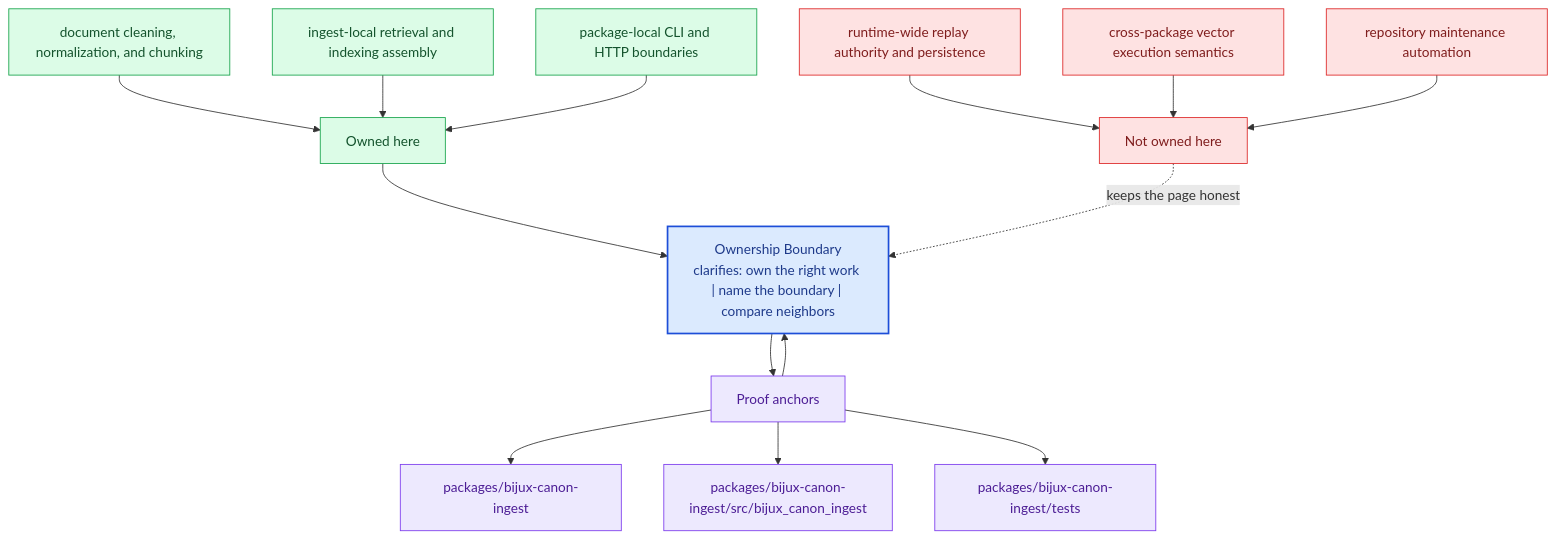
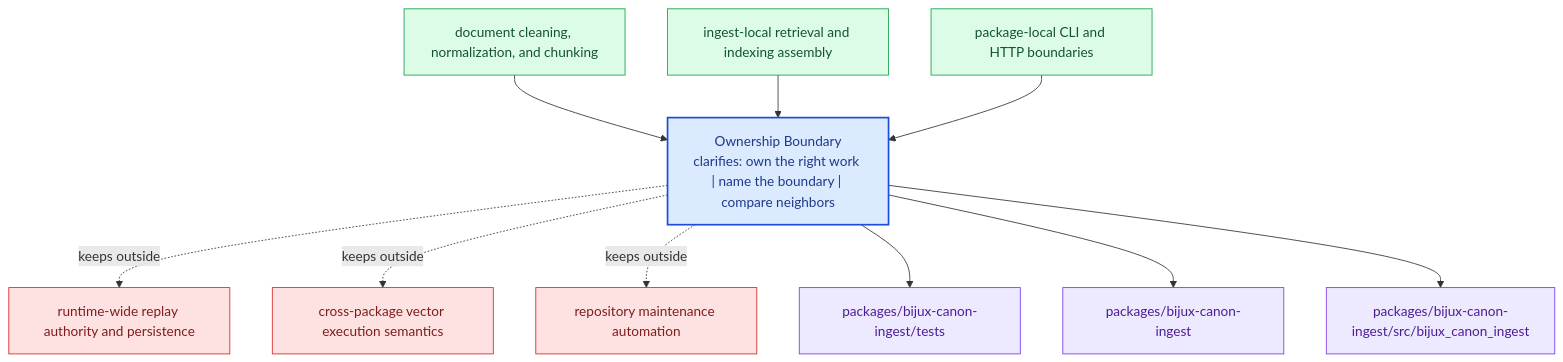
One commit to bijux/bijux-canon changed the diagram in docs/bijux-canon-ingest/foundation/ownership-boundary.md. Above: the diagram before and after it, drawn with Mermaid. The commit also changed other lines of this file and 281 other files, not shown here.

Commit message:
docs(diagrams): replace repeated mermaid scaffolds with page-specific summaries

````diff
--- a/docs/bijux-canon-ingest/foundation/ownership-boundary.md
+++ b/docs/bijux-canon-ingest/foundation/ownership-boundary.md
@@ -68,40 +23,31 @@
 ```mermaid
 flowchart TB
-    promise["Ownership Boundary<br/>clarifies: own the right work | name the boundary | compare neighbors"]
-    classDef promise fill:#dbeafe,stroke:#1d4ed8,color:#1e3a8a,stroke-width:2px;
-    classDef driver fill:#dcfce7,stroke:#16a34a,color:#14532d;
-    classDef constraint fill:#fee2e2,stroke:#dc2626,color:#7f1d1d;
-    classDef ground fill:#ede9fe,stroke:#7c3aed,color:#4c1d95;
-    focus1["Owned here"]
-    focus1 --> promise
-    focus1_1["document cleaning, normalization, and chunking"]
-    focus1_1 --> focus1
-    focus1_2["ingest-local retrieval and indexing assembly"]
-    focus1_2 --> focus1
-    focus1_3["package-local CLI and HTTP boundaries"]
-    focus1_3 --> focus1
-    class focus1 driver;
-    class focus1_1,focus1_2,focus1_3 driver;
-    focus2["Not owned here"]
-    focus2 -.keeps the page honest.-> promise
-    focus2_1["runtime-wide replay authority and persistence"]
-    focus2_1 --> focus2
-    focus2_2["cross-package vector execution semantics"]
-    focus2_2 --> focus2
-    focus2_3["repository maintenance automation"]
-    focus2_3 --> focus2
-    class focus2 constraint;
-    class focus2_1,focus2_2,focus2_3 constraint;
-    focus3["Proof anchors"]
-    focus3 --> promise
-    promise --> focus3
-    focus3_1["packages/bijux-canon-ingest"]
-    focus3 --> focus3_1
-    focus3_2["packages/bijux-canon-ingest/src/bijux_canon_ingest"]
-    focus3 --> focus3_2
-    focus3_3["packages/bijux-canon-ingest/tests"]
-    focus3 --> focus3_3
-    class focus3 ground;
-    class focus3_1,focus3_2,focus3_3 ground;
-    class promise promise;
+    page["Ownership Boundary<br/>clarifies: own the right work | name the boundary | compare neighbors"]
+    classDef page fill:#dbeafe,stroke:#1d4ed8,color:#1e3a8a,stroke-width:2px;
+    classDef positive fill:#dcfce7,stroke:#16a34a,color:#14532d;
+    classDef caution fill:#fee2e2,stroke:#dc2626,color:#7f1d1d;
+    classDef anchor fill:#ede9fe,stroke:#7c3aed,color:#4c1d95;
+    classDef action fill:#fef3c7,stroke:#d97706,color:#7c2d12;
+    own1["document cleaning, normalization, and chunking"]
+    own1 --> page
+    own2["ingest-local retrieval and indexing assembly"]
+    own2 --> page
+    own3["package-local CLI and HTTP boundaries"]
+    own3 --> page
+    limit1["runtime-wide replay authority and persistence"]
+    page -.keeps outside.-> limit1
+    limit2["cross-package vector execution semantics"]
+    page -.keeps outside.-> limit2
+    limit3["repository maintenance automation"]
+    page -.keeps outside.-> limit3
+    anchor1["packages/bijux-canon-ingest/tests"]
+    page --> anchor1
+    anchor2["packages/bijux-canon-ingest"]
+    page --> anchor2
+    anchor3["packages/bijux-canon-ingest/src/bijux_canon_ingest"]
+    page --> anchor3
+    class page page;
+    class own1,own2,own3 positive;
+    class limit1,limit2,limit3 caution;
+    class anchor1,anchor2,anchor3 anchor;
 ```
````
